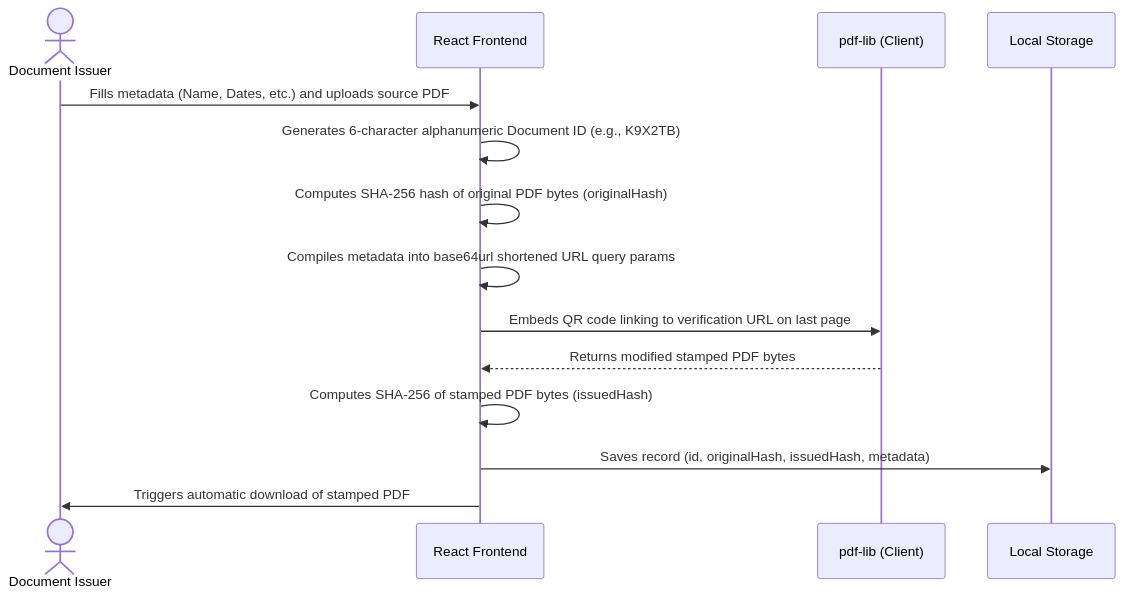
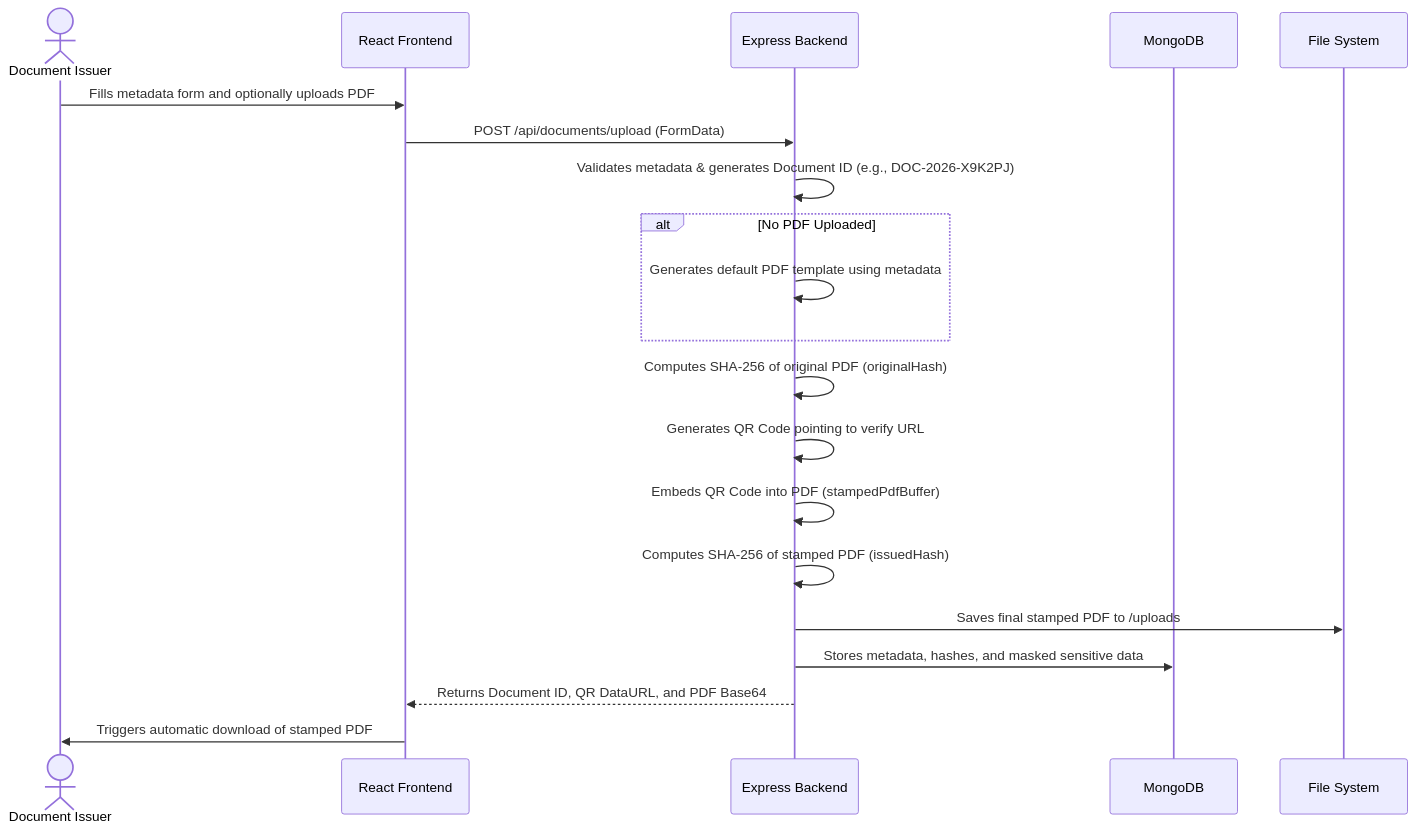
Before and after one commit to guru2k06/QR-Verification: the first of 2 diagrams in SYSTEM_WORKFLOW.md, drawn with Mermaid. The commit also changed other lines of this file and 6 other files, not shown here.

Commit message:
refactor: transition to server-side PDF processing and implement dual-hash verification flow

````diff
--- a/SYSTEM_WORKFLOW.md
+++ b/SYSTEM_WORKFLOW.md
@@ -28,17 +31,23 @@
 ```mermaid
 sequenceDiagram
     actor Issuer as Document Issuer
     participant UI as React Frontend
-    participant PDFLib as pdf-lib (Client)
-    participant LS as Local Storage
+    participant API as Express Backend
+    participant DB as MongoDB
+    participant Storage as File System
 
-    Issuer->>UI: Fills metadata (Name, Dates, etc.) and uploads source PDF
-    UI->>UI: Generates 6-character alphanumeric Document ID (e.g., K9X2TB)
-    UI->>UI: Computes SHA-256 hash of original PDF bytes (originalHash)
-    UI->>UI: Compiles metadata into base64url shortened URL query params
-    UI->>PDFLib: Embeds QR code linking to verification URL on last page
-    PDFLib-->>UI: Returns modified stamped PDF bytes
-    UI->>UI: Computes SHA-256 of stamped PDF bytes (issuedHash)
-    UI->>LS: Saves record (id, originalHash, issuedHash, metadata)
+    Issuer->>UI: Fills metadata form and optionally uploads PDF
+    UI->>API: POST /api/documents/upload (FormData)
+    API->>API: Validates metadata & generates Document ID (e.g., DOC-2026-X9K2PJ)
+    alt No PDF Uploaded
+        API->>API: Generates default PDF template using metadata
+    end
+    API->>API: Computes SHA-256 of original PDF (originalHash)
+    API->>API: Generates QR Code pointing to verify URL
+    API->>API: Embeds QR Code into PDF (stampedPdfBuffer)
+    API->>API: Computes SHA-256 of stamped PDF (issuedHash)
+    API->>Storage: Saves final stamped PDF to /uploads
+    API->>DB: Stores metadata, hashes, and masked sensitive data
+    API-->>UI: Returns Document ID, QR DataURL, and PDF Base64
     UI->>Issuer: Triggers automatic download of stamped PDF
 ```
````
